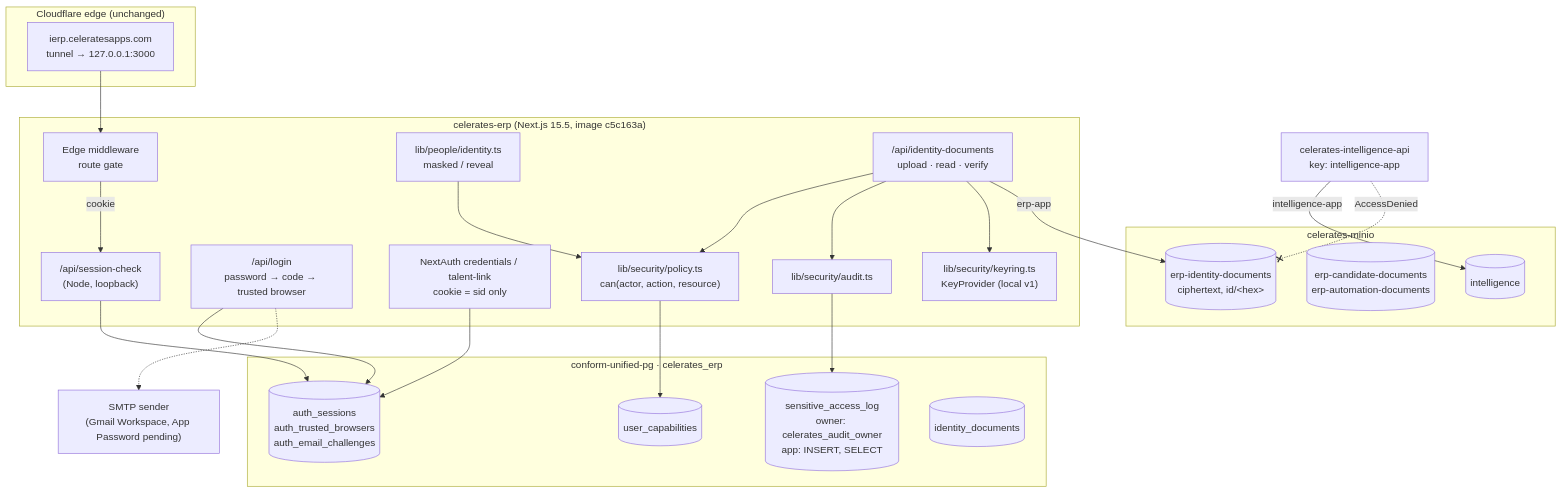
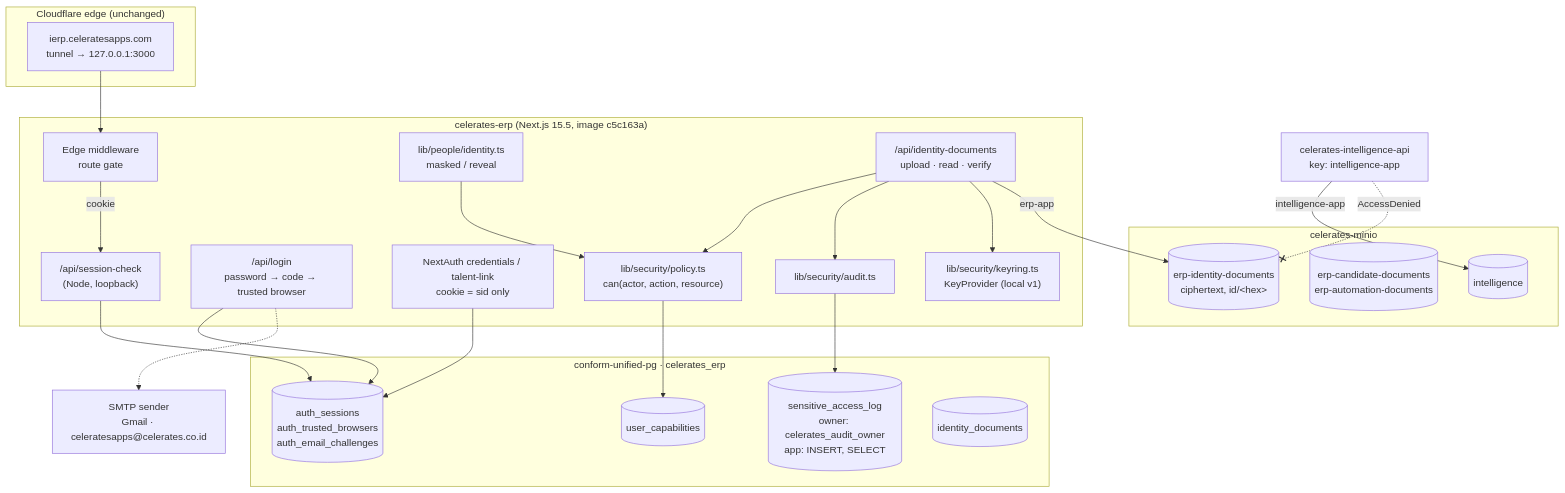
One commit to yosdwi/celerates-digital-intelligence changed the diagram in docs/security/01-implemented-security-architecture.md. Above: the diagram before and after it, drawn with Mermaid. The commit also changed other lines of this file and 1 other file, not shown here.

First line of the commit message:
docs(security): OTP sender configured (Gmail, celerates.co.id)

````diff
--- a/docs/security/01-implemented-security-architecture.md
+++ b/docs/security/01-implemented-security-architecture.md
@@ -34,42 +34,42 @@
 ```mermaid
 flowchart TB
   subgraph Edge["Cloudflare edge (unchanged)"]
     CF["ierp.celeratesapps.com<br/>tunnel → 127.0.0.1:3000"]
   end
   subgraph ERP["celerates-erp (Next.js 15.5, image c5c163a)"]
     MW["Edge middleware<br/>route gate"]
     SC["/api/session-check<br/>(Node, loopback)"]
     LOGIN["/api/login<br/>password → code → trusted browser"]
     NA["NextAuth credentials / talent-link<br/>cookie = sid only"]
     POL["lib/security/policy.ts<br/>can(actor, action, resource)"]
     PEOPLE["lib/people/identity.ts<br/>masked / reveal"]
     IDOC["/api/identity-documents<br/>upload · read · verify"]
     KR["lib/security/keyring.ts<br/>KeyProvider (local v1)"]
     AUD["lib/security/audit.ts"]
   end
   subgraph PG["conform-unified-pg · celerates_erp"]
     S[("auth_sessions<br/>auth_trusted_browsers<br/>auth_email_challenges")]
     C[("user_capabilities")]
     L[("sensitive_access_log<br/>owner: celerates_audit_owner<br/>app: INSERT, SELECT")]
     D[("identity_documents")]
   end
   subgraph MINIO["celerates-minio"]
     B1[("erp-identity-documents<br/>ciphertext, id/&lt;hex&gt;")]
     B2[("erp-candidate-documents<br/>erp-automation-documents")]
     B3[("intelligence")]
   end
-  SMTP["SMTP sender<br/>(Gmail Workspace, App Password pending)"]
+  SMTP["SMTP sender<br/>Gmail · celeratesapps@celerates.co.id"]
   INT["celerates-intelligence-api<br/>key: intelligence-app"]
 
   CF --> MW -->|cookie| SC --> S
   LOGIN --> S
   LOGIN -.-> SMTP
   NA --> S
   IDOC --> POL --> C
   IDOC --> AUD --> L
   IDOC --> KR
   IDOC -->|erp-app| B1
   PEOPLE --> POL
   INT -->|intelligence-app| B3
   INT -. "AccessDenied" .-x B1
 ```
````
